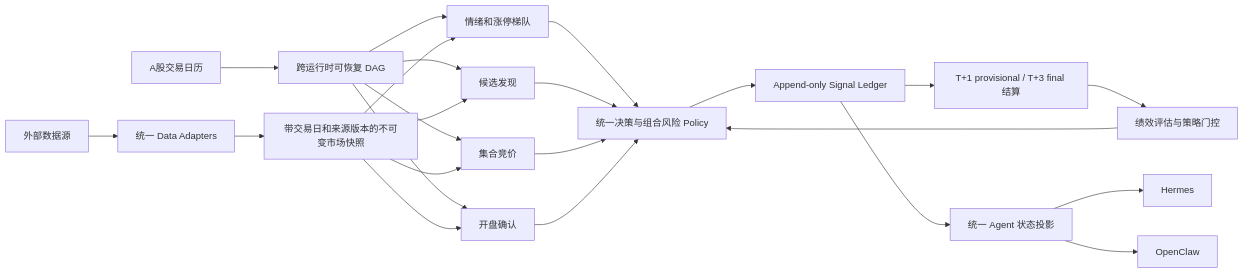
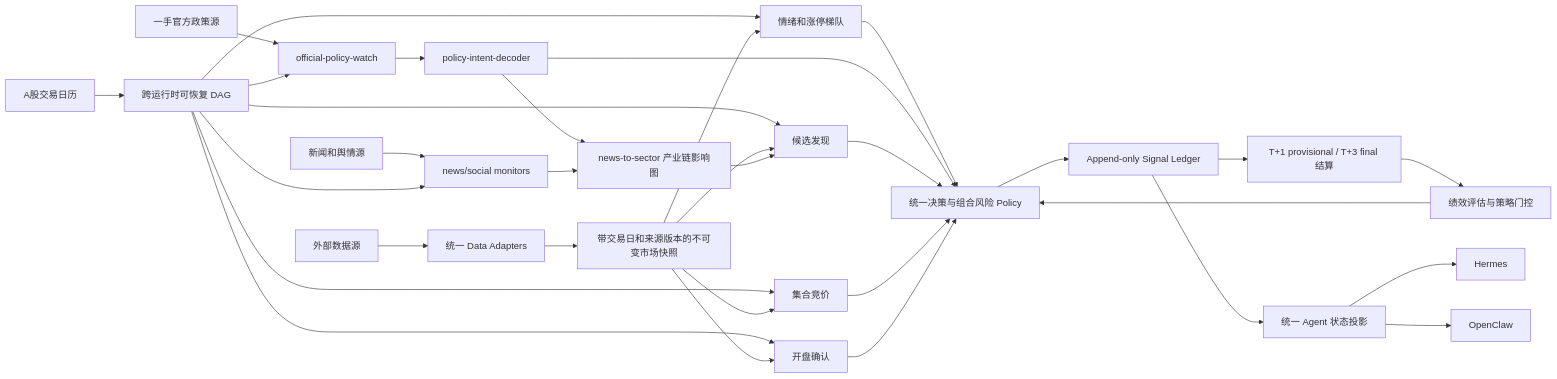
The diagram in README.zh-CN.md (Eleven1111/a-stock-agent-system), drawn with Mermaid before and after one commit. The commit also changed other lines of this file and 1 other file, not shown here.

First line of the commit message:
Explain policy-intent signal flow in README

````diff
--- a/README.zh-CN.md
+++ b/README.zh-CN.md
@@ -19,25 +19,34 @@
 ```mermaid
 flowchart LR
     S["外部数据源"] --> A["统一 Data Adapters"]
+    PS["一手官方政策源"] --> PW["official-policy-watch"]
+    PW --> PI["policy-intent-decoder"]
+    NS["新闻和舆情源"] --> NW["news/social monitors"]
     A --> M["带交易日和来源版本的不可变市场快照"]
     C["A股交易日历"] --> O["跨运行时可恢复 DAG"]
     O --> HM["情绪和涨停梯队"]
     O --> CD["候选发现"]
     O --> AU["集合竞价"]
     O --> OC["开盘确认"]
+    O --> PW
+    O --> NW
     M --> HM
     M --> CD
     M --> AU
     M --> OC
+    PI --> NTS["news-to-sector 产业链影响图"]
+    NW --> NTS
     HM --> P["统一决策与组合风险 Policy"]
+    NTS --> CD
+    PI --> P
     CD --> P
     AU --> P
     OC --> P
     P --> L["Append-only Signal Ledger"]
     L --> ST["T+1 provisional / T+3 final 结算"]
     ST --> E["绩效评估与策略门控"]
     E --> P
     L --> X["统一 Agent 状态投影"]
     X --> H["Hermes"]
     X --> W["OpenClaw"]
 ```
````
